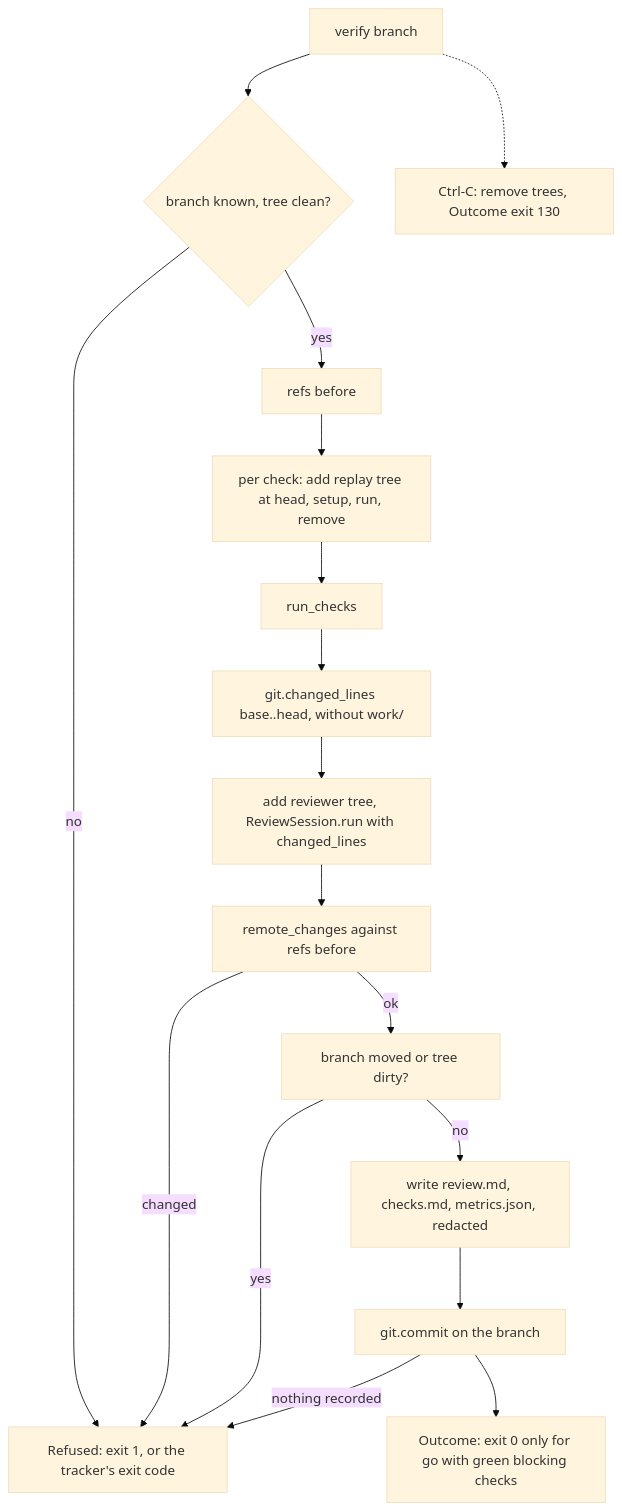
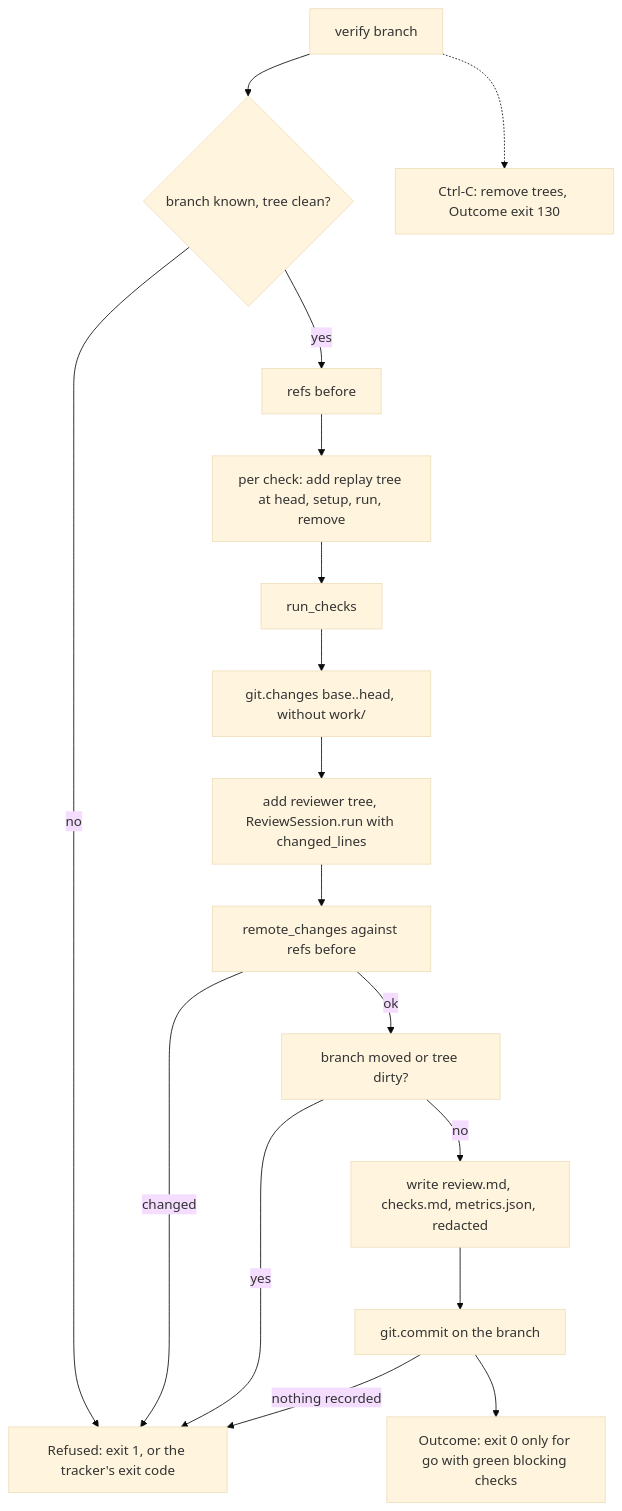
Before and after one commit to plaplanche/ariane: the first of 3 diagrams in docs/architecture/modules/verify.md, drawn with Mermaid (base theme). The commit also changed other lines of this file and 12 other files, not shown here.

````diff
--- a/docs/architecture/modules/verify.md
+++ b/docs/architecture/modules/verify.md
@@ -31,19 +31,19 @@
 ```mermaid
 flowchart TD
   A[verify branch] --> B{branch known, tree clean?}
   B -- no --> X[Refused: exit 1, or the tracker's exit code]
   B -- yes --> C[refs before]
   C --> D[per check: add replay tree at head, setup, run, remove]
   D --> E[run_checks]
-  E --> E2[git.changed_lines base..head, without work/]
+  E --> E2[git.changes base..head, without work/]
   E2 --> F[add reviewer tree, ReviewSession.run with changed_lines]
   F --> G[remote_changes against refs before]
   G -- changed --> X
   G -- ok --> H[branch moved or tree dirty?]
   H -- yes --> X
   H -- no --> I[write review.md, checks.md, metrics.json, redacted]
   I --> J[git.commit on the branch]
   J -- nothing recorded --> X
   J --> K[Outcome: exit 0 only for go with green blocking checks]
   A -.-> L[Ctrl-C: remove trees, Outcome exit 130]
 ```
````
